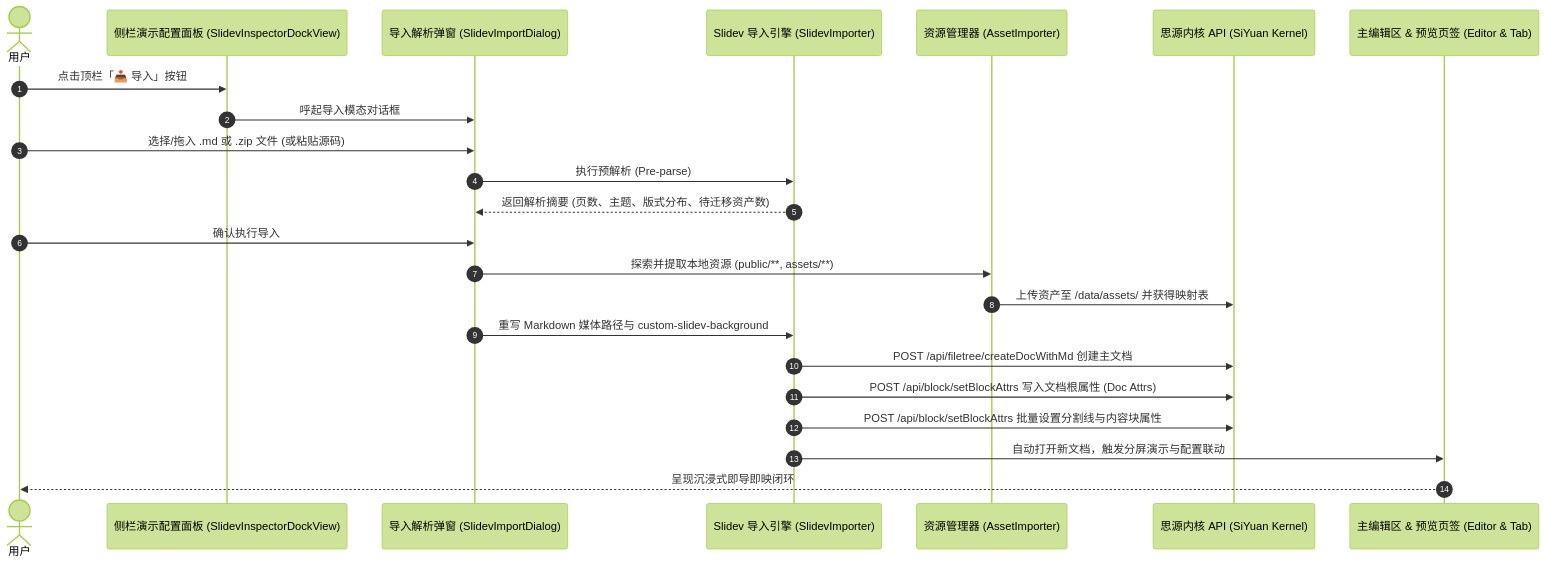
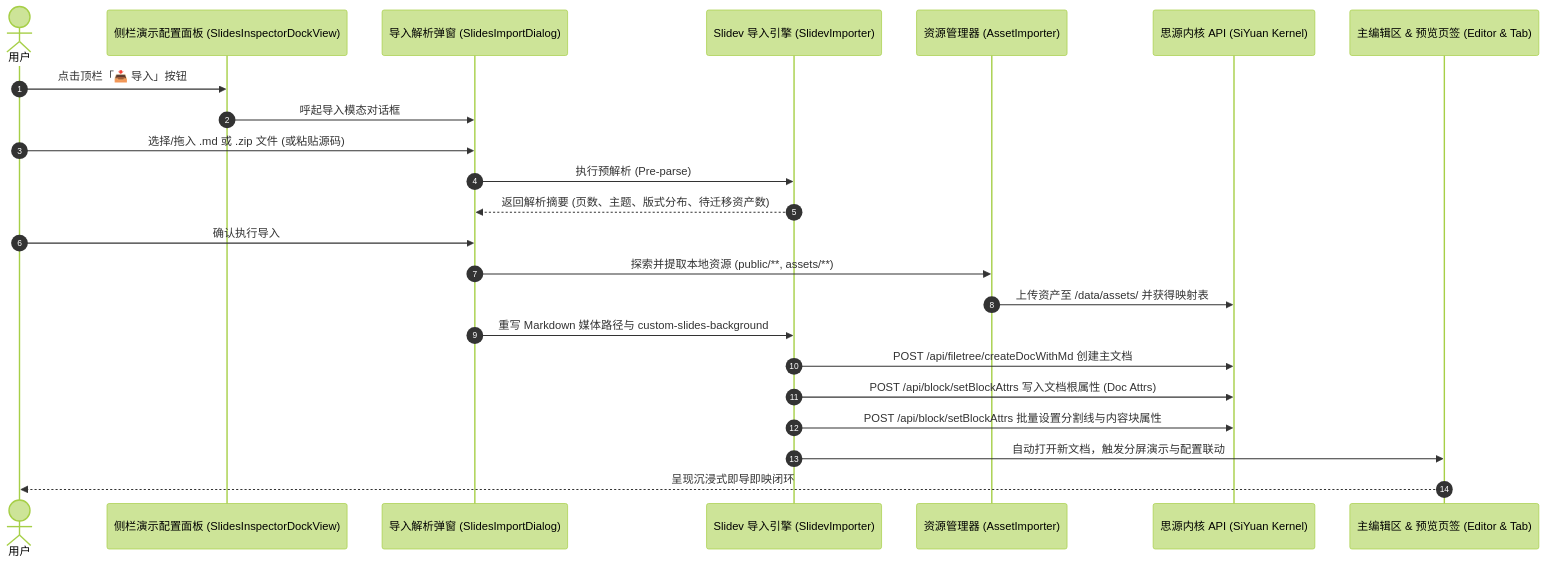
Before and after one commit to famotime/siyuan-live-slides: the diagram in docs/Slidev 演示文档导入方案与架构设计规范.md, drawn with Mermaid (forest theme). The commit also changed other lines of this file and 175 other files, not shown here.

````diff
--- a/docs/Slidev 演示文档导入方案与架构设计规范.md
+++ b/docs/Slidev 演示文档导入方案与架构设计规范.md
@@ -31,26 +31,26 @@
 ```mermaid
 sequenceDiagram
     autonumber
     actor User as 用户
-    participant Dock as 侧栏演示配置面板 (SlidevInspectorDockView)
-    participant Modal as 导入解析弹窗 (SlidevImportDialog)
+    participant Dock as 侧栏演示配置面板 (SlidesInspectorDockView)
+    participant Modal as 导入解析弹窗 (SlidesImportDialog)
     participant Importer as Slidev 导入引擎 (SlidevImporter)
     participant AssetMgr as 资源管理器 (AssetImporter)
     participant Kernel as 思源内核 API (SiYuan Kernel)
     participant Editor as 主编辑区 & 预览页签 (Editor & Tab)
 
     User->>Dock: 点击顶栏「📥 导入」按钮
     Dock->>Modal: 呼起导入模态对话框
     User->>Modal: 选择/拖入 .md 或 .zip 文件 (或粘贴源码)
     Modal->>Importer: 执行预解析 (Pre-parse)
     Importer-->>Modal: 返回解析摘要 (页数、主题、版式分布、待迁移资产数)
     User->>Modal: 确认执行导入
     Modal->>AssetMgr: 探索并提取本地资源 (public/**, assets/**)
     AssetMgr->>Kernel: 上传资产至 /data/assets/ 并获得映射表
-    Modal->>Importer: 重写 Markdown 媒体路径与 custom-slidev-background
+    Modal->>Importer: 重写 Markdown 媒体路径与 custom-slides-background
     Importer->>Kernel: POST /api/filetree/createDocWithMd 创建主文档
     Importer->>Kernel: POST /api/block/setBlockAttrs 写入文档根属性 (Doc Attrs)
     Importer->>Kernel: POST /api/block/setBlockAttrs 批量设置分割线与内容块属性
     Importer->>Editor: 自动打开新文档，触发分屏演示与配置联动
     Editor-->>User: 呈现沉浸式即导即映闭环
 ```
````
